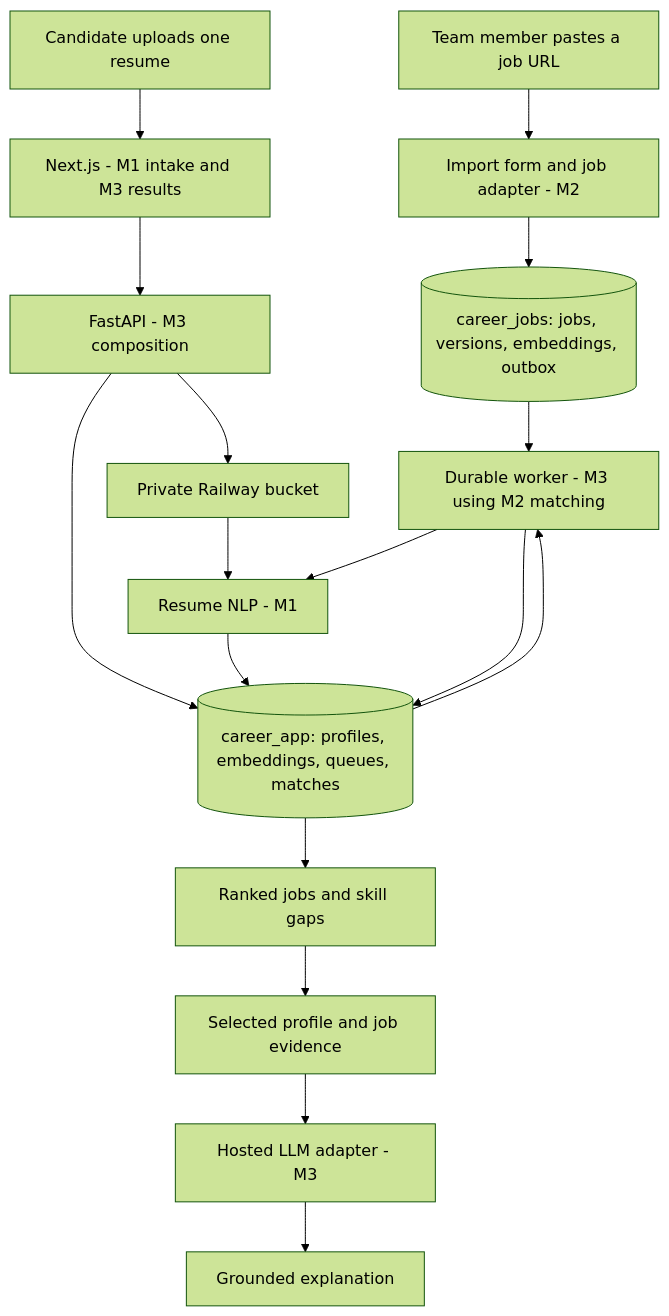
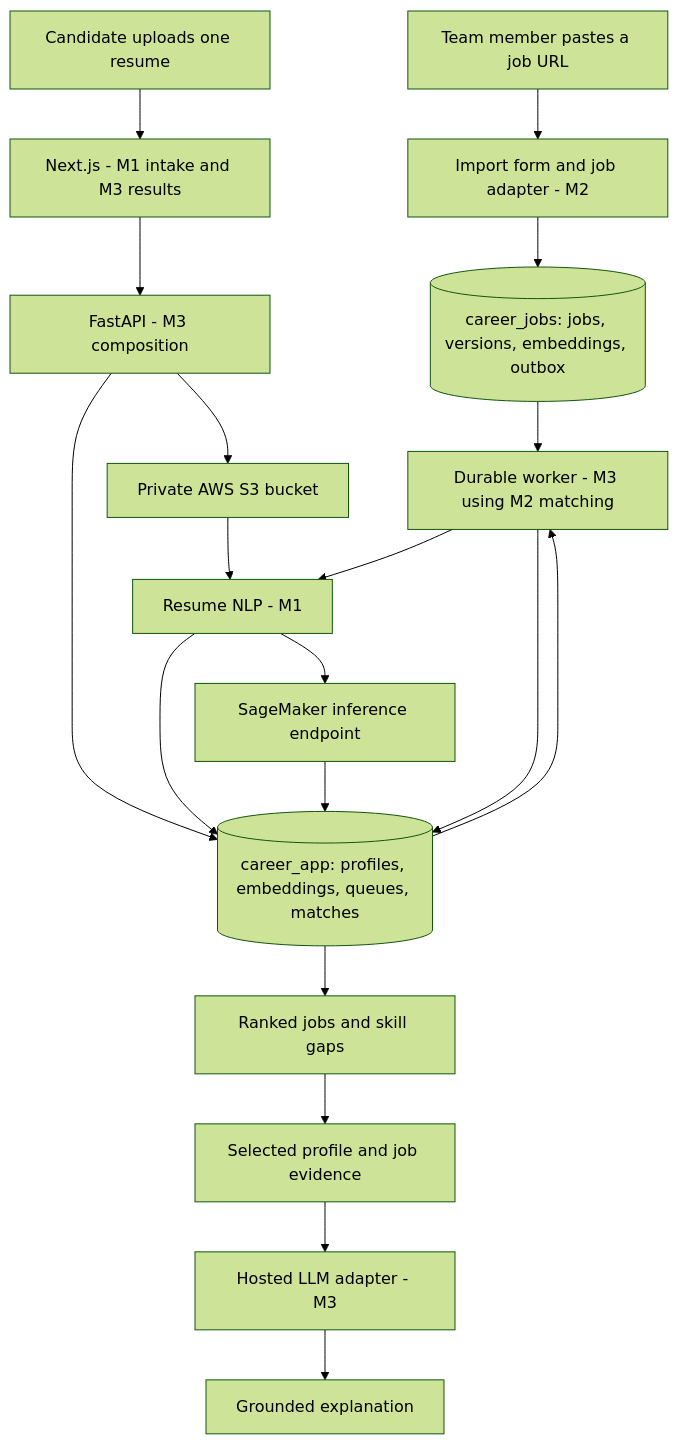
Before and after one commit to ncwjsp/ai-career-match: the diagram in plan.md, drawn with Mermaid (forest theme). The commit also changed other lines of this file and 4 other files, not shown here.

First line of the commit message:
docs: adopt AWS S3 and SageMaker as the required infrastructure

````diff
--- a/plan.md
+++ b/plan.md
@@ -75,19 +84,21 @@
 ```mermaid
 flowchart TD
     Admin[Team member pastes a job URL] --> Import[Import form and job adapter - M2]
     Import --> Jobs[(career_jobs: jobs, versions, embeddings, outbox)]
     Jobs --> Worker[Durable worker - M3 using M2 matching]
     Candidate[Candidate uploads one resume] --> Web[Next.js - M1 intake and M3 results]
     Web --> API[FastAPI - M3 composition]
-    API --> Files[Private Railway bucket]
+    API --> Files[Private AWS S3 bucket]
     API --> App[(career_app: profiles, embeddings, queues, matches)]
     Files --> NLP[Resume NLP - M1]
     Worker --> NLP
     NLP --> App
+    NLP --> SageMaker[SageMaker inference endpoint]
+    SageMaker --> App
     App --> Worker
     Worker --> App
     App --> Results[Ranked jobs and skill gaps]
     Results --> Evidence[Selected profile and job evidence]
     Evidence --> LLM[Hosted LLM adapter - M3]
     LLM --> Detail[Grounded explanation]
 ```
````
